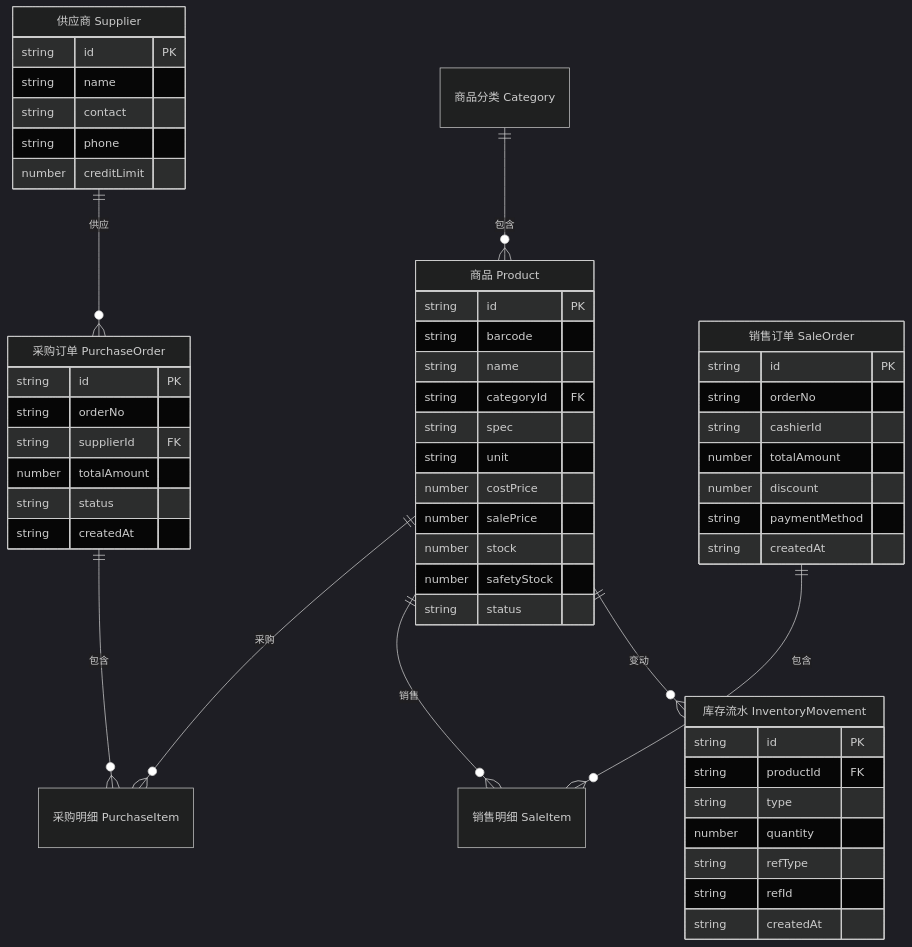
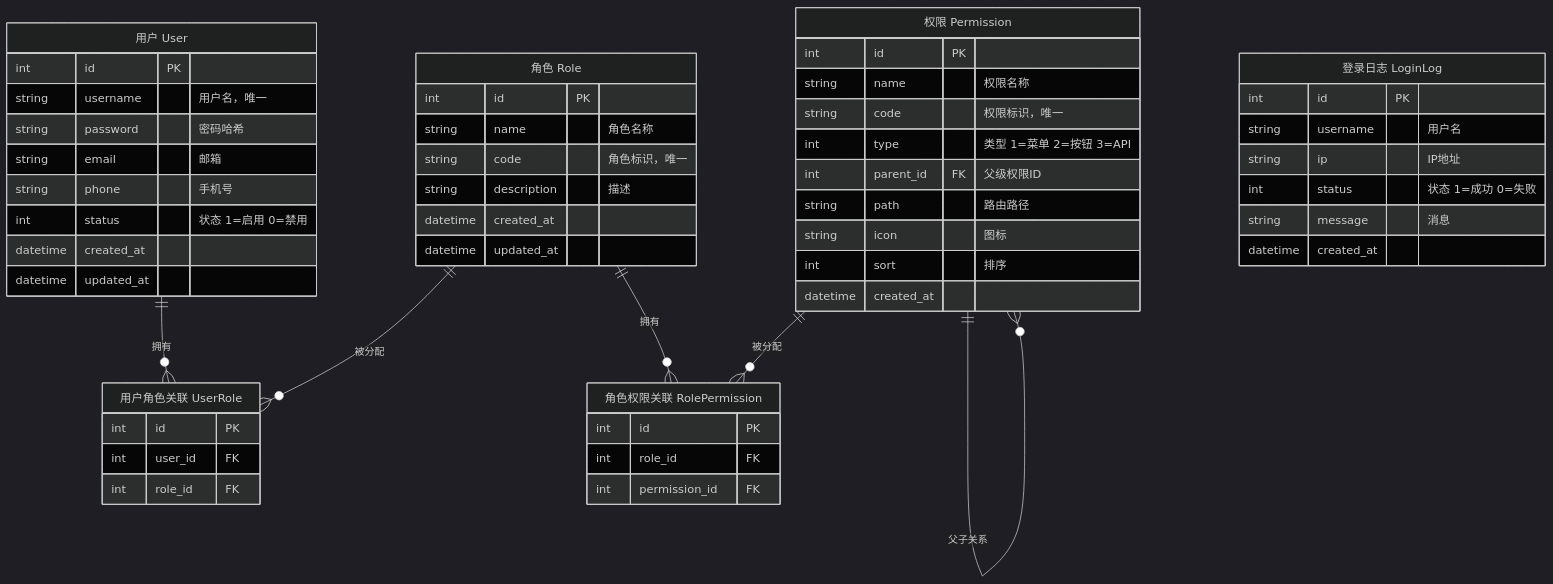
The third of 3 diagrams in .trae/documents/tech.md (jacklovels45/-2), drawn with Mermaid (dark theme) before and after one commit. The commit also changed other lines of this file and 1 other file, not shown here.

````diff
--- a/.trae/documents/tech.md
+++ b/.trae/documents/tech.md
@@ -184,61 +272,61 @@
 ```mermaid
 erDiagram
-    "商品分类 Category" ||--o{ "商品 Product" : "包含"
-    "供应商 Supplier" ||--o{ "采购订单 PurchaseOrder" : "供应"
-    "商品 Product" ||--o{ "采购明细 PurchaseItem" : "采购"
-    "采购订单 PurchaseOrder" ||--o{ "采购明细 PurchaseItem" : "包含"
-    "商品 Product" ||--o{ "销售明细 SaleItem" : "销售"
-    "销售订单 SaleOrder" ||--o{ "销售明细 SaleItem" : "包含"
-    "商品 Product" ||--o{ "库存流水 InventoryMovement" : "变动"
+    "用户 User" ||--o{ "用户角色关联 UserRole" : "拥有"
+    "角色 Role" ||--o{ "用户角色关联 UserRole" : "被分配"
+    "角色 Role" ||--o{ "角色权限关联 RolePermission" : "拥有"
+    "权限 Permission" ||--o{ "角色权限关联 RolePermission" : "被分配"
+    "权限 Permission" ||--o{ "权限 Permission" : "父子关系"
 
-    "商品 Product" {
-        string id PK
-        string barcode
-        string name
-        string categoryId FK
-        string spec
-        string unit
-        number costPrice
-        number salePrice
-        number stock
-        number safetyStock
-        string status
+    "用户 User" {
+        int id PK
+        string username "用户名，唯一"
+        string password "密码哈希"
+        string email "邮箱"
+        string phone "手机号"
+        int status "状态 1=启用 0=禁用"
+        datetime created_at
+        datetime updated_at
     }
 
-    "采购订单 PurchaseOrder" {
-        string id PK
-        string orderNo
-        string supplierId FK
-        number totalAmount
-        string status
-        string createdAt
+    "角色 Role" {
+        int id PK
+        string name "角色名称"
+        string code "角色标识，唯一"
+        string description "描述"
+        datetime created_at
+        datetime updated_at
     }
 
-    "销售订单 SaleOrder" {
-        string id PK
-        string orderNo
-        string cashierId
-        number totalAmount
-        number discount
-        string paymentMethod
-        string createdAt
+    "权限 Permission" {
+        int id PK
+        string name "权限名称"
+        string code "权限标识，唯一"
+        int type "类型 1=菜单 2=按钮 3=API"
+        int parent_id FK "父级权限ID"
+        string path "路由路径"
+        string icon "图标"
+        int sort "排序"
+        datetime created_at
     }
 
-    "供应商 Supplier" {
-        string id PK
-        string name
-        string contact
-        string phone
-        number creditLimit
+    "用户角色关联 UserRole" {
+        int id PK
+        int user_id FK
+        int role_id FK
     }
 
-    "库存流水 InventoryMovement" {
-        string id PK
-        string productId FK
-        string type
-        number quantity
-        string refType
-        string refId
-        string createdAt
+    "角色权限关联 RolePermission" {
+        int id PK
+        int role_id FK
+        int permission_id FK
+    }
+
+    "登录日志 LoginLog" {
+        int id PK
+        string username "用户名"
+        string ip "IP地址"
+        int status "状态 1=成功 0=失败"
+        string message "消息"
+        datetime created_at
     }
 ```
````
